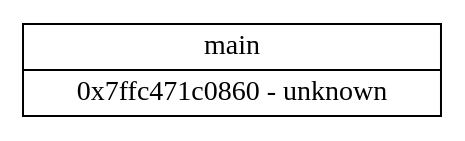
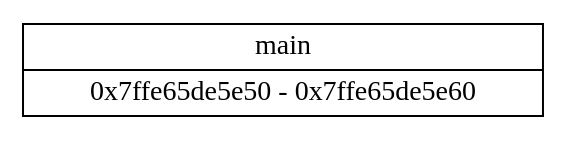
The diagram in testPrograms/justMain_result.dot (stefanos-86/Remember), drawn with Graphviz before and after one commit. The commit also changed 6 other files, not shown here.

```diff
--- a/testPrograms/justMain_result.dot
+++ b/testPrograms/justMain_result.dot
@@ -1,5 +1,5 @@
 digraph "Memory Dump" {
 	node [shape=record]
 	rankdir=LR
-	"0x7ffc471c0860" [label="main|0x7ffc471c0860 - unknown"]
+	"0x7ffe65de5e50" [label="main|0x7ffe65de5e50 - 0x7ffe65de5e60"]
 }
```
